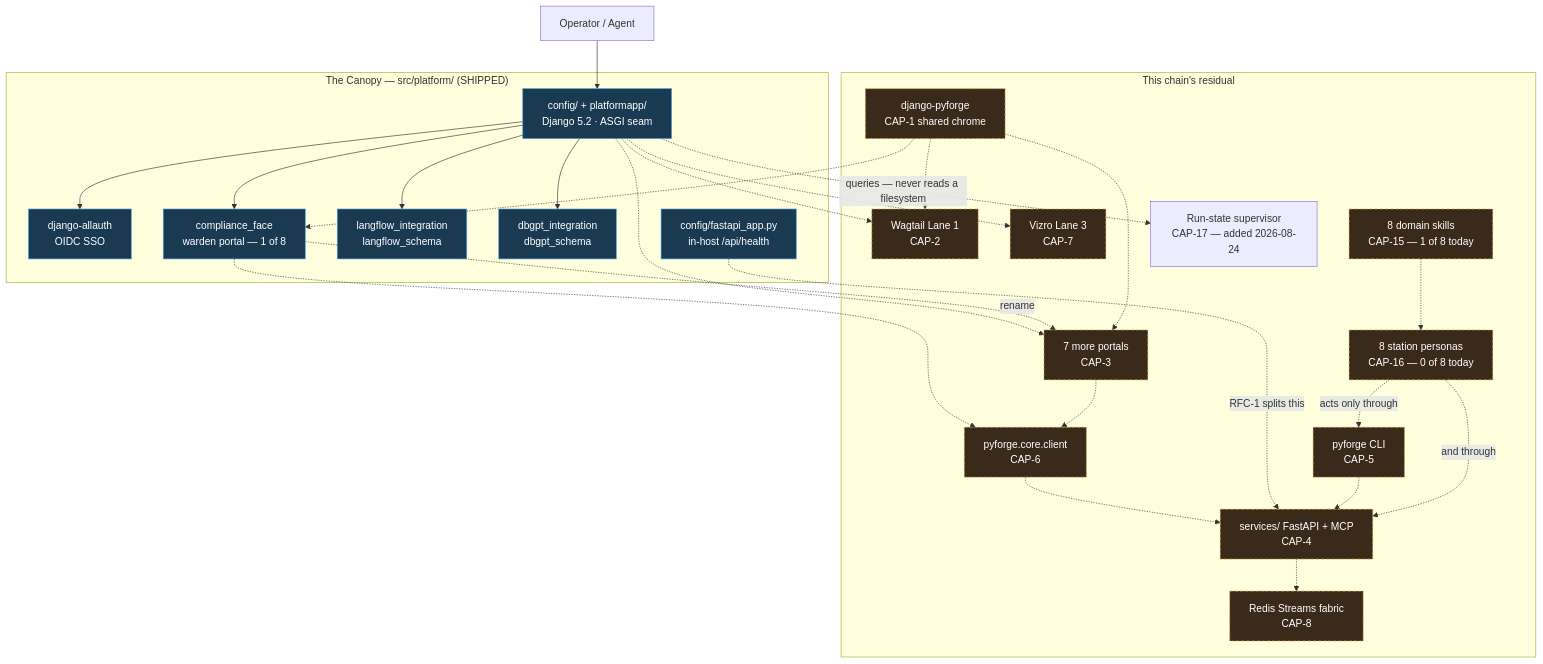
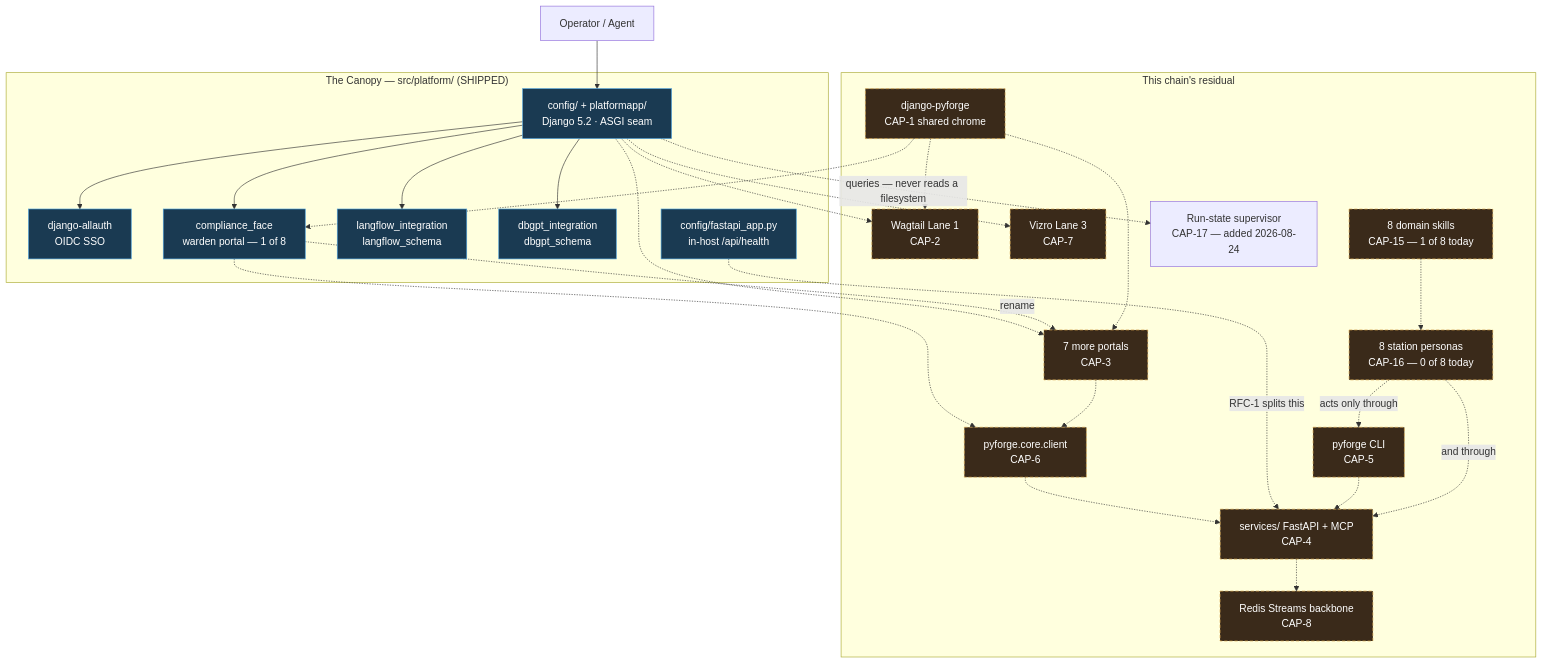
The first of 5 diagrams in _bmad-output/projects/pyforge-steward/planning-artifacts/specs/spec-pyforge-unifying-strategy/architecture-diagrams.md (rxm7706/local-recipes), drawn with Mermaid before and after one commit. The commit also changed other lines of this file and 6 other files, not shown here.

````diff
--- a/_bmad-output/projects/pyforge-steward/planning-artifacts/specs/spec-pyforge-unifying-strategy/architecture-diagrams.md
+++ b/_bmad-output/projects/pyforge-steward/planning-artifacts/specs/spec-pyforge-unifying-strategy/architecture-diagrams.md
@@ -16,55 +16,55 @@
 ```mermaid
 graph TB
     User["Operator / Agent"]
 
     subgraph Canopy["The Canopy — src/platform/ (SHIPPED)"]
         Host["config/ + platformapp/<br/>Django 5.2 · ASGI seam"]
         Auth["django-allauth<br/>OIDC SSO"]
         FastAPIseam["config/fastapi_app.py<br/>in-host /api/health"]
         LF["langflow_integration<br/>langflow_schema"]
         DG["dbgpt_integration<br/>dbgpt_schema"]
         CF["compliance_face<br/>warden portal — 1 of 8"]
     end
 
     subgraph Residual["This chain's residual"]
         DP["django-pyforge<br/>CAP-1 shared chrome"]
         L1["Wagtail Lane 1<br/>CAP-2"]
         P7["7 more portals<br/>CAP-3"]
         SVC["services/ FastAPI + MCP<br/>CAP-4"]
         CLI["pyforge CLI<br/>CAP-5"]
         CLIENT["pyforge.core.client<br/>CAP-6"]
         VZ["Vizro Lane 3<br/>CAP-7"]
-        EV["Redis Streams fabric<br/>CAP-8"]
+        EV["Redis Streams backbone<br/>CAP-8"]
         SK["8 domain skills<br/>CAP-15 — 1 of 8 today"]
         PER["8 station personas<br/>CAP-16 — 0 of 8 today"]
         SUP["Run-state supervisor<br/>CAP-17 — added 2026-08-24"]
     end
 
     User --> Host
     Host --> Auth
     Host --> LF
     Host --> DG
     Host --> CF
     Host -.-> L1
     Host -.-> P7
     CF -.->|rename| P7
     DP -.-> CF
     DP -.-> P7
     DP -.-> L1
     CF -.-> CLIENT
     P7 -.-> CLIENT
     CLIENT -.-> SVC
     FastAPIseam -.->|RFC-1 splits this| SVC
     SVC -.-> EV
     Host -.-> VZ
     CLI -.-> SVC
     PER -.->|"acts only through"| CLI
     PER -.->|"and through"| SVC
     SK -.-> PER
     Host -.->|"queries — never reads a filesystem"| SUP
 
     classDef shipped fill:#1a3a52,stroke:#4a9eda,color:#fff
     classDef residual fill:#3a2a1a,stroke:#daa54a,color:#fff,stroke-dasharray: 5 3
     class Host,Auth,FastAPIseam,LF,DG,CF shipped
     class DP,L1,P7,SVC,CLI,CLIENT,VZ,EV,SK,PER residual
 ```
````
